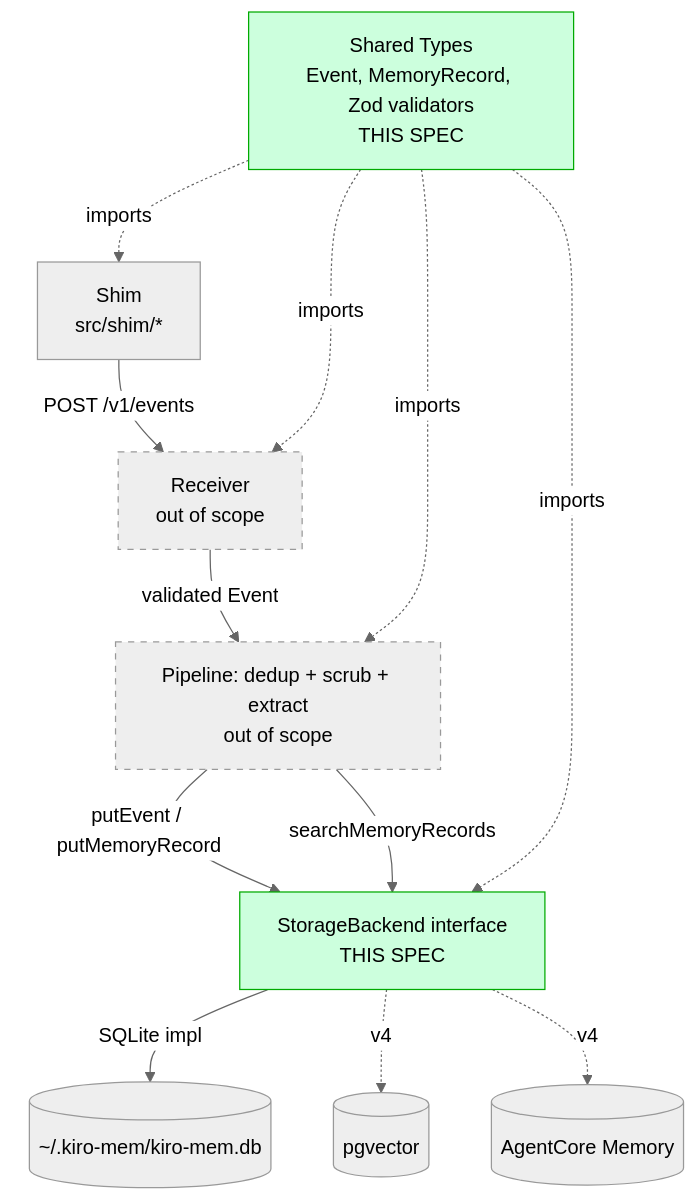
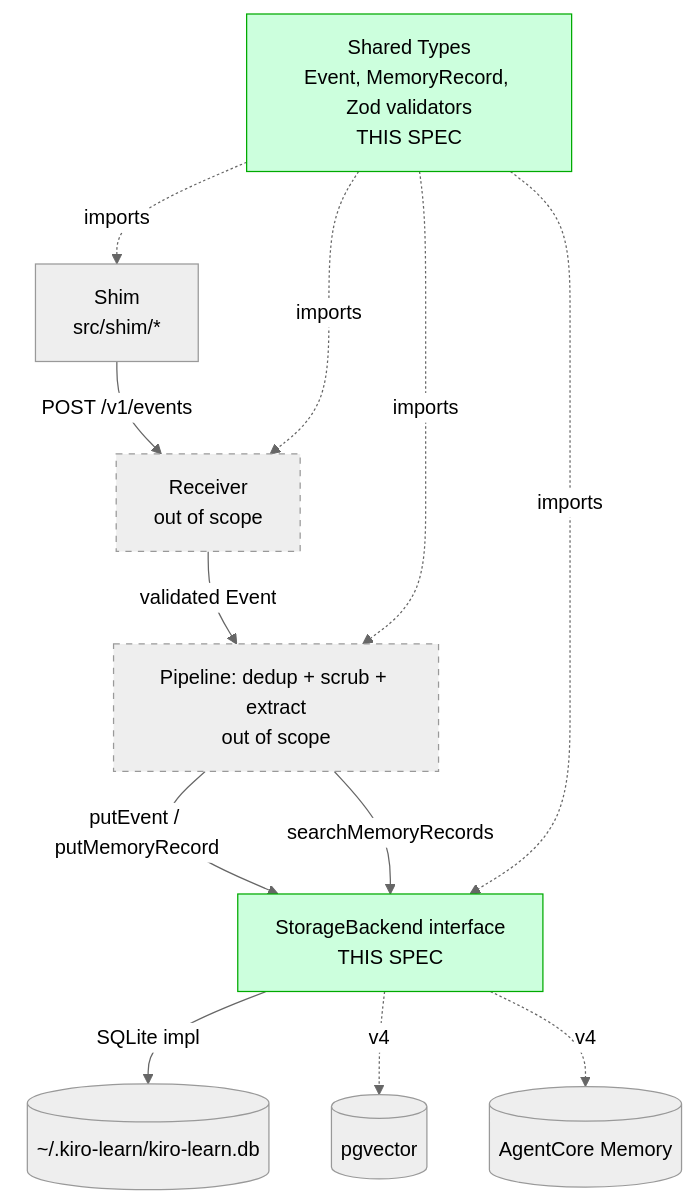
The first of 3 diagrams in .kiro/specs/event-schema-and-storage/design.md (brendangeck/kiro-mem), drawn with Mermaid (neutral theme) before and after one commit. The commit also changed other lines of this file and 22 other files, not shown here.

First line of the commit message:
chore: rebrand kiro-mem to kiro-learn

````diff
--- a/.kiro/specs/event-schema-and-storage/design.md
+++ b/.kiro/specs/event-schema-and-storage/design.md
@@ -17,20 +17,20 @@
 ```mermaid
 graph TD
     Shim[Shim<br/>src/shim/*] -->|POST /v1/events| Receiver[Receiver<br/>out of scope]
     Receiver -->|validated Event| Pipeline[Pipeline: dedup + scrub + extract<br/>out of scope]
     Pipeline -->|putEvent / putMemoryRecord| Storage[StorageBackend interface<br/>THIS SPEC]
     Pipeline -->|searchMemoryRecords| Storage
-    Storage -->|SQLite impl| SQLite[(~/.kiro-mem/kiro-mem.db)]
+    Storage -->|SQLite impl| SQLite[(~/.kiro-learn/kiro-learn.db)]
     Storage -.->|v4| PgVector[(pgvector)]
     Storage -.->|v4| AgentCore[(AgentCore Memory)]
 
     Types[Shared Types<br/>Event, MemoryRecord, Zod validators<br/>THIS SPEC] -.imports.-> Shim
     Types -.imports.-> Receiver
     Types -.imports.-> Pipeline
     Types -.imports.-> Storage
 
     style Storage fill:#cfd,stroke:#0a0
     style Types fill:#cfd,stroke:#0a0
     style Receiver fill:#eee,stroke-dasharray: 5 5
     style Pipeline fill:#eee,stroke-dasharray: 5 5
 ```
````
